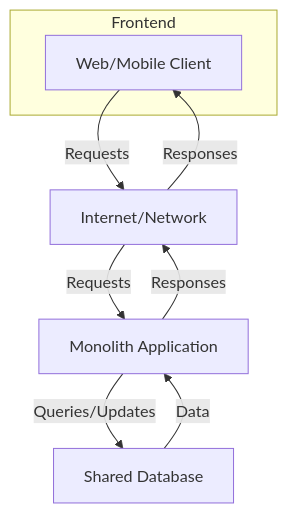
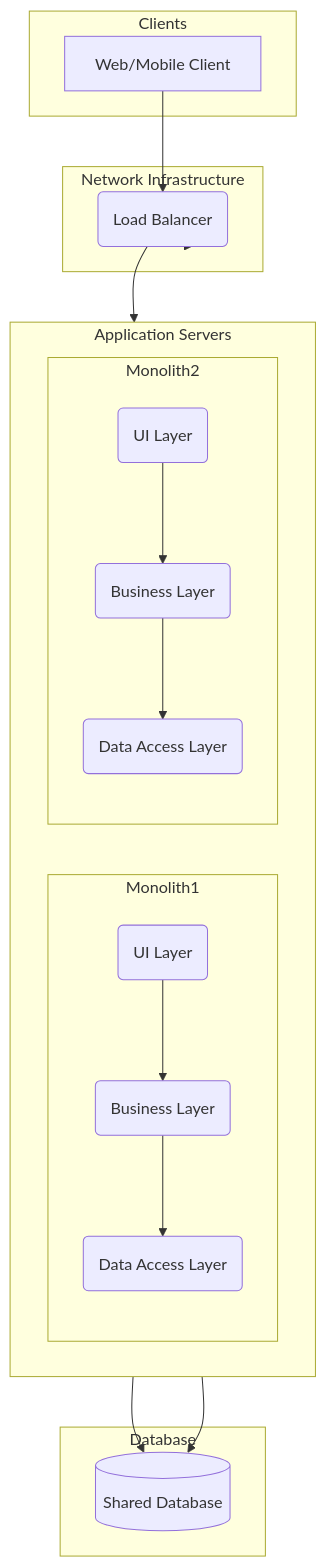
Before and after one commit to bmeurant/technical-docs: the diagram in software-architecture/architectural-styles/monolithic.md, drawn with Mermaid. The commit also changed other lines of this file and 35 other files, not shown here.

Commit message:
docs(software-architecture): various fixes

````diff
--- a/software-architecture/architectural-styles/monolithic.md
+++ b/software-architecture/architectural-styles/monolithic.md
@@ -23,17 +25,28 @@
 ```mermaid
 graph TD
-    subgraph Frontend
-        C[Web/Mobile Client]
+    subgraph "Clients"
+        Client[Web/Mobile Client]
     end
-
-    N[Internet/Network]
-    M[Monolith Application]
-    D[Shared Database]
-
-    C -- "Requests" --> N
-    N -- "Requests" --> M
-    M -- "Queries/Updates" --> D
-    D -- "Data" --> M
-    M -- "Responses" --> N
-    N -- "Responses" --> C
+    subgraph "Network Infrastructure"
+        LB(Load Balancer)
+    end
+    subgraph "Application Servers"
+        direction LR
+        subgraph Monolith1
+            direction TB
+            L1_UI(UI Layer) --> L1_Biz(Business Layer) --> L1_Data(Data Access Layer)
+        end
+        subgraph Monolith2
+            direction TB
+            L2_UI(UI Layer) --> L2_Biz(Business Layer) --> L2_Data(Data Access Layer)
+        end
+    end
+    subgraph "Database"
+        DB[(Shared Database)]
+    end
+    Client --> LB
+    LB --> Monolith1
+    LB --> Monolith2
+    L1_Data --> DB
+    L2_Data --> DB
 ```
````
